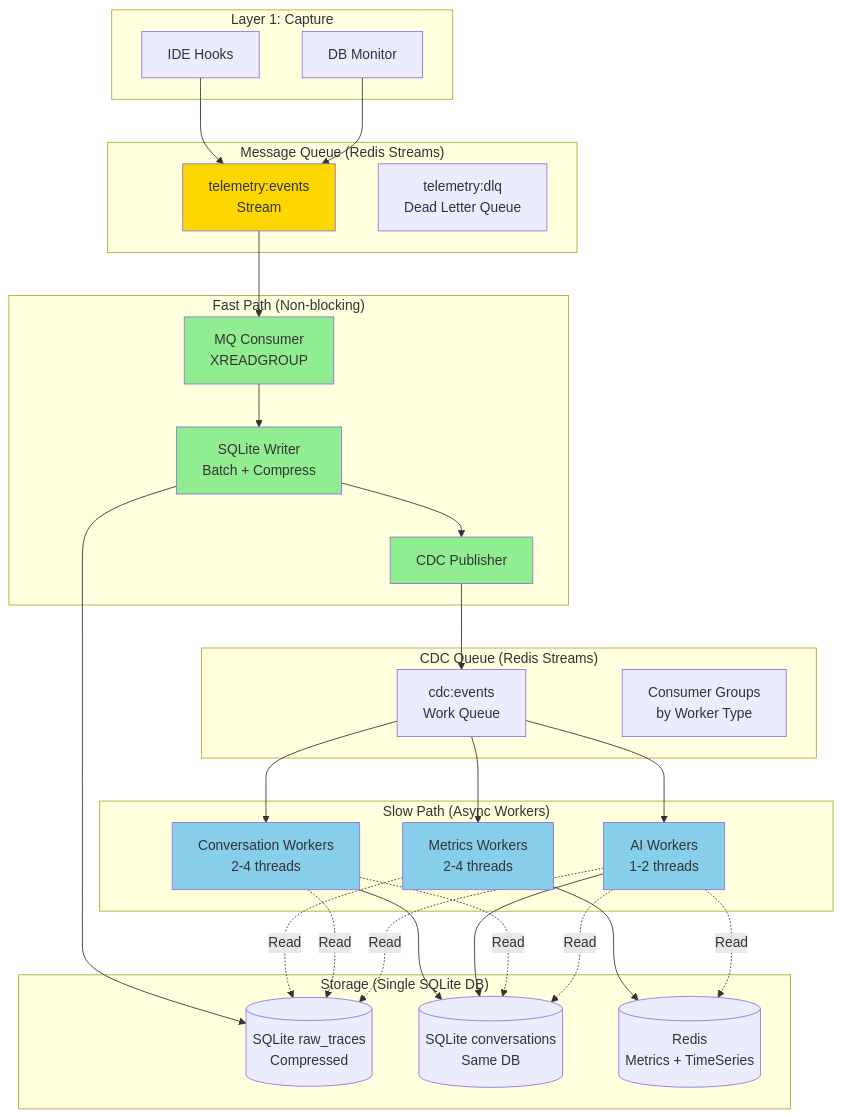
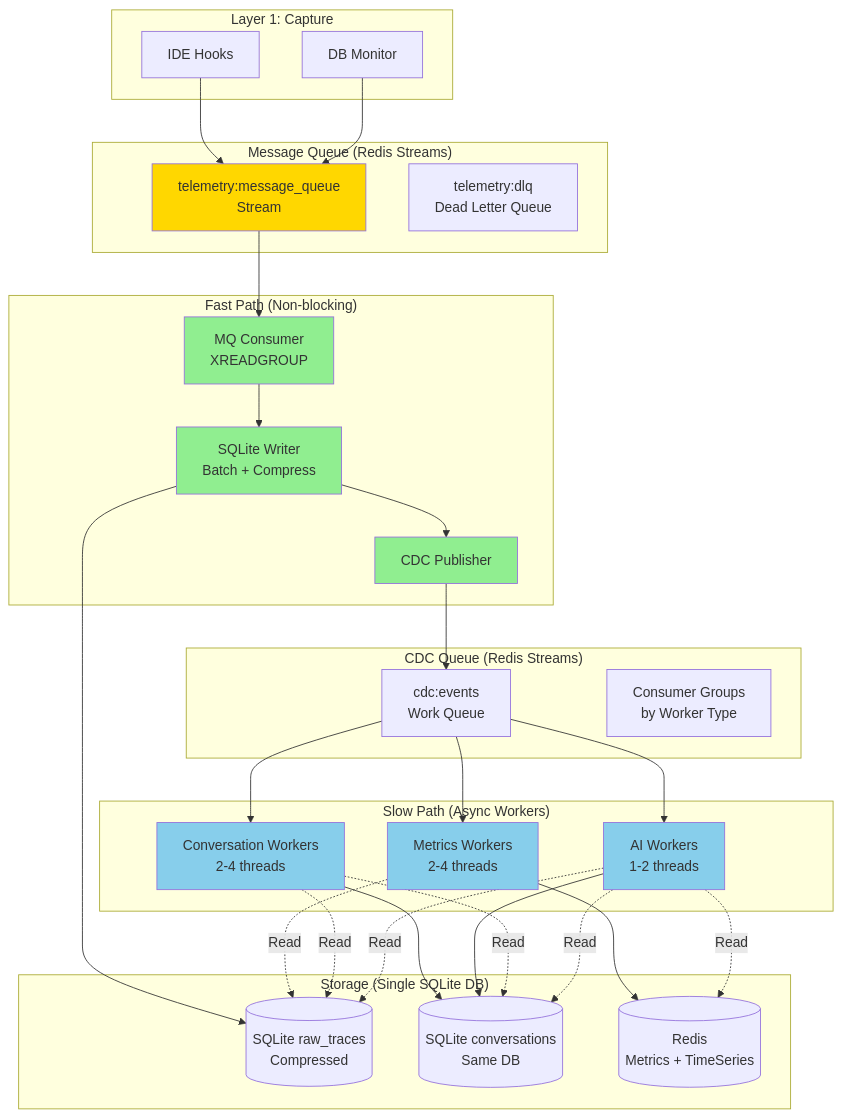
The diagram in docs/architecture/layer2_async_pipeline.md (blueplane-ai/bp-telemetry-core), drawn with Mermaid before and after one commit. The commit also changed other lines of this file and 30 other files, not shown here.

First line of the commit message:
docs: Update all telemetry:events references to telemetry:message_queue

````diff
--- a/docs/architecture/layer2_async_pipeline.md
+++ b/docs/architecture/layer2_async_pipeline.md
@@ -39,67 +39,67 @@
 ```mermaid
 graph TB
     subgraph "Layer 1: Capture"
         HOOKS[IDE Hooks]
         DBMON[DB Monitor]
     end
 
     subgraph "Message Queue (Redis Streams)"
-        MQSTREAM[telemetry:events<br/>Stream]
+        MQSTREAM[telemetry:message_queue<br/>Stream]
         DLQ[telemetry:dlq<br/>Dead Letter Queue]
     end
 
     subgraph "Fast Path (Non-blocking)"
         CONSUMER[MQ Consumer<br/>XREADGROUP]
         WRITER[SQLite Writer<br/>Batch + Compress]
         CDC[CDC Publisher]
     end
 
     subgraph "CDC Queue (Redis Streams)"
         CDCSTREAM[cdc:events<br/>Work Queue]
         PRIORITY[Consumer Groups<br/>by Worker Type]
     end
 
     subgraph "Slow Path (Async Workers)"
         MW[Metrics Workers<br/>2-4 threads]
         CW[Conversation Workers<br/>2-4 threads]
         AW[AI Workers<br/>1-2 threads]
     end
 
     subgraph "Storage (Single SQLite DB)"
         SQRAW[(SQLite raw_traces<br/>Compressed)]
         SQCONV[(SQLite conversations<br/>Same DB)]
         REDIS[(Redis<br/>Metrics + TimeSeries)]
     end
 
     HOOKS --> MQSTREAM
     DBMON --> MQSTREAM
 
     MQSTREAM --> CONSUMER
     CONSUMER --> WRITER
     WRITER --> SQRAW
     WRITER --> CDC
     CDC --> CDCSTREAM
 
     CDCSTREAM --> MW
     CDCSTREAM --> CW
     CDCSTREAM --> AW
 
     MW --> REDIS
     CW --> SQCONV
     AW --> SQCONV
 
     MW -.->|Read| SQRAW
     CW -.->|Read| SQRAW
     CW -.->|Read| SQCONV
     AW -.->|Read| SQRAW
     AW -.->|Read| SQCONV
     AW -.->|Read| REDIS
 
     style CONSUMER fill:#90EE90
     style WRITER fill:#90EE90
     style CDC fill:#90EE90
     style MW fill:#87CEEB
     style CW fill:#87CEEB
     style AW fill:#87CEEB
     style MQSTREAM fill:#FFD700
 ```
````
